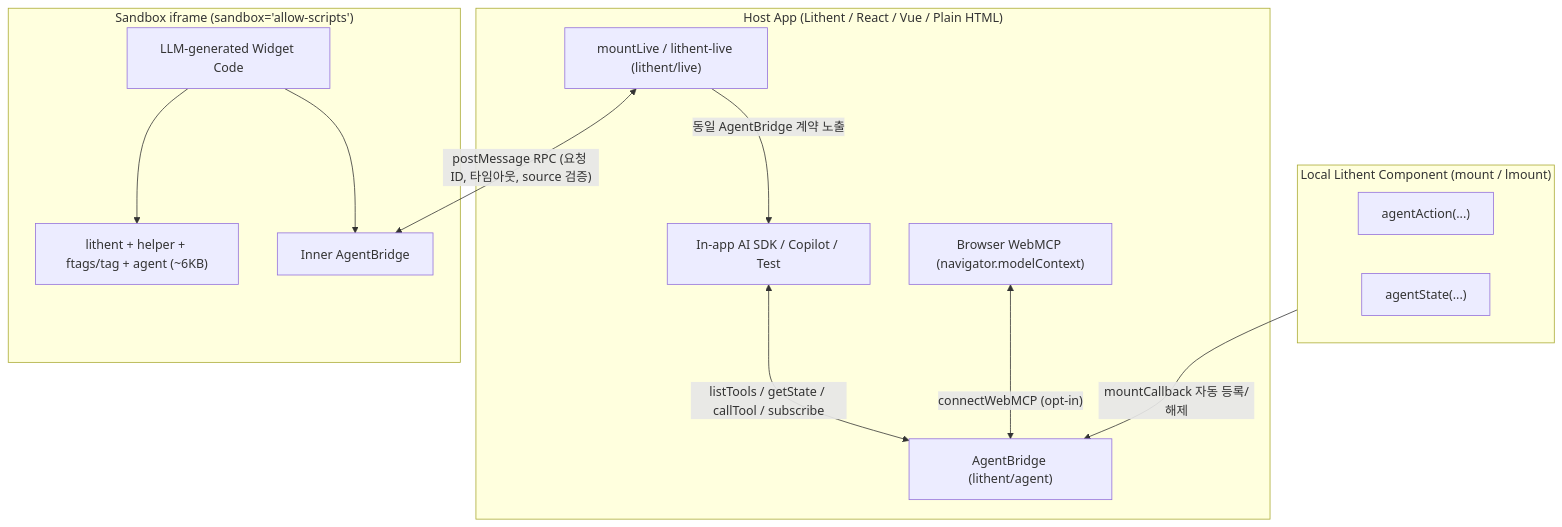
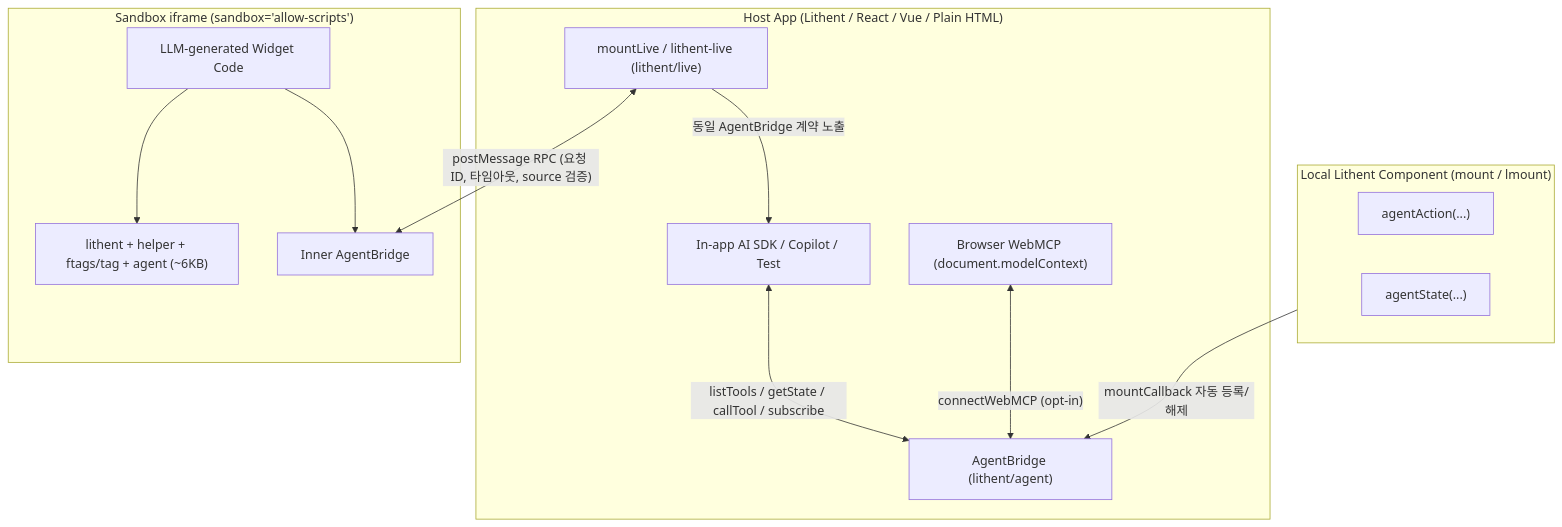
One commit to superlucky84/lithent changed the diagram in docs/agent-ui/DESIGN.md. Above: the diagram before and after it, drawn with Mermaid. The commit also changed other lines of this file and 11 other files, not shown here.

First line of the commit message:
feat(agent): add confirm hook, connectWebMCP and element interop (agent-ui Phase 2)

````diff
--- a/docs/agent-ui/DESIGN.md
+++ b/docs/agent-ui/DESIGN.md
@@ -16,28 +16,28 @@
 ```mermaid
 flowchart TB
   subgraph Host["Host App (Lithent / React / Vue / Plain HTML)"]
     AI["In-app AI SDK / Copilot / Test"]
-    WMCP["Browser WebMCP (navigator.modelContext)"]
+    WMCP["Browser WebMCP (document.modelContext)"]
     Bridge["AgentBridge (lithent/agent)"]
     LiveHost["mountLive / lithent-live (lithent/live)"]
   end
 
   subgraph LocalComp["Local Lithent Component (mount / lmount)"]
     A1["agentAction(...)"]
     S1["agentState(...)"]
   end
 
   subgraph Sandbox["Sandbox iframe (sandbox='allow-scripts')"]
     Runtime["lithent + helper + ftags/tag + agent (~6KB)"]
     GenCode["LLM-generated Widget Code"]
     SBridge["Inner AgentBridge"]
   end
 
   AI <-->|"listTools / getState / callTool / subscribe"| Bridge
   WMCP <-->|"connectWebMCP (opt-in)"| Bridge
   LocalComp -->|"mountCallback 자동 등록/해제"| Bridge
   LiveHost <-->|"postMessage RPC (요청 ID, 타임아웃, source 검증)"| SBridge
   LiveHost -->|"동일 AgentBridge 계약 노출"| AI
   GenCode --> Runtime
   GenCode --> SBridge
 ```
````
